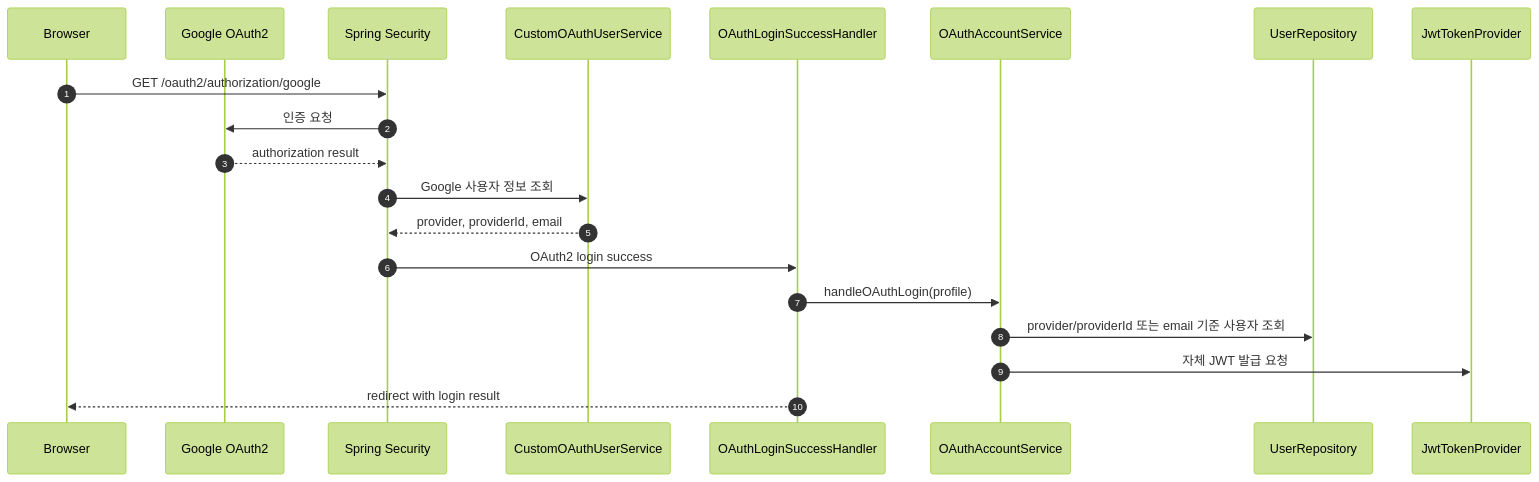
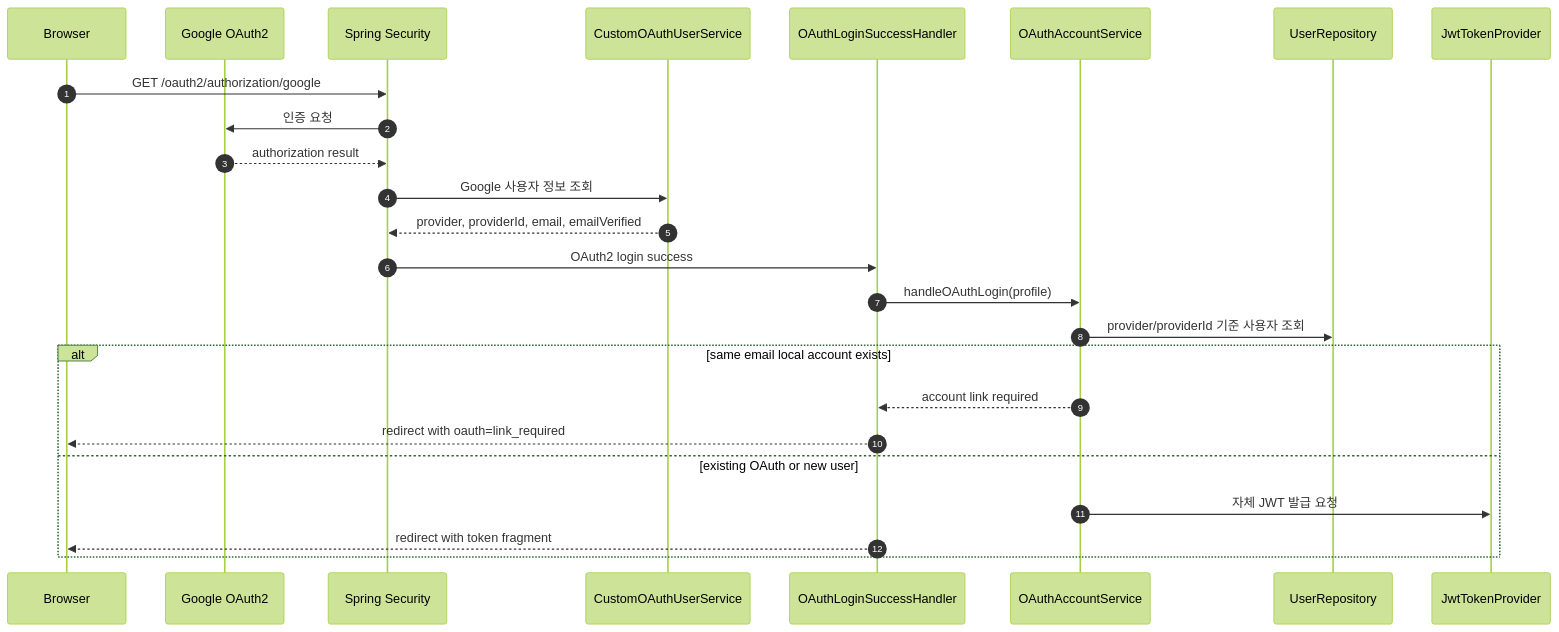
The first of 4 diagrams in docs/theory.md (stdiodh/spring-boot-db-access-lab), drawn with Mermaid (forest theme) before and after one commit. The commit also changed other lines of this file and 5 other files, not shown here.

Commit message:
docs(seq-05): consolidate sequence guides

````diff
--- a/docs/theory.md
+++ b/docs/theory.md
@@ -50,23 +51,28 @@
 ```mermaid
 sequenceDiagram
     autonumber
     participant Browser as Browser
     participant Google as Google OAuth2
     participant Security as Spring Security
     participant OAuthUser as CustomOAuthUserService
     participant Handler as OAuthLoginSuccessHandler
     participant Account as OAuthAccountService
     participant Repo as UserRepository
     participant Jwt as JwtTokenProvider
 
     Browser->>Security: GET /oauth2/authorization/google
     Security->>Google: 인증 요청
     Google-->>Security: authorization result
     Security->>OAuthUser: Google 사용자 정보 조회
-    OAuthUser-->>Security: provider, providerId, email
+    OAuthUser-->>Security: provider, providerId, email, emailVerified
     Security->>Handler: OAuth2 login success
     Handler->>Account: handleOAuthLogin(profile)
-    Account->>Repo: provider/providerId 또는 email 기준 사용자 조회
-    Account->>Jwt: 자체 JWT 발급 요청
-    Handler-->>Browser: redirect with login result
+    Account->>Repo: provider/providerId 기준 사용자 조회
+    alt same email local account exists
+        Account-->>Handler: account link required
+        Handler-->>Browser: redirect with oauth=link_required
+    else existing OAuth or new user
+        Account->>Jwt: 자체 JWT 발급 요청
+        Handler-->>Browser: redirect with token fragment
+    end
 ```
````
